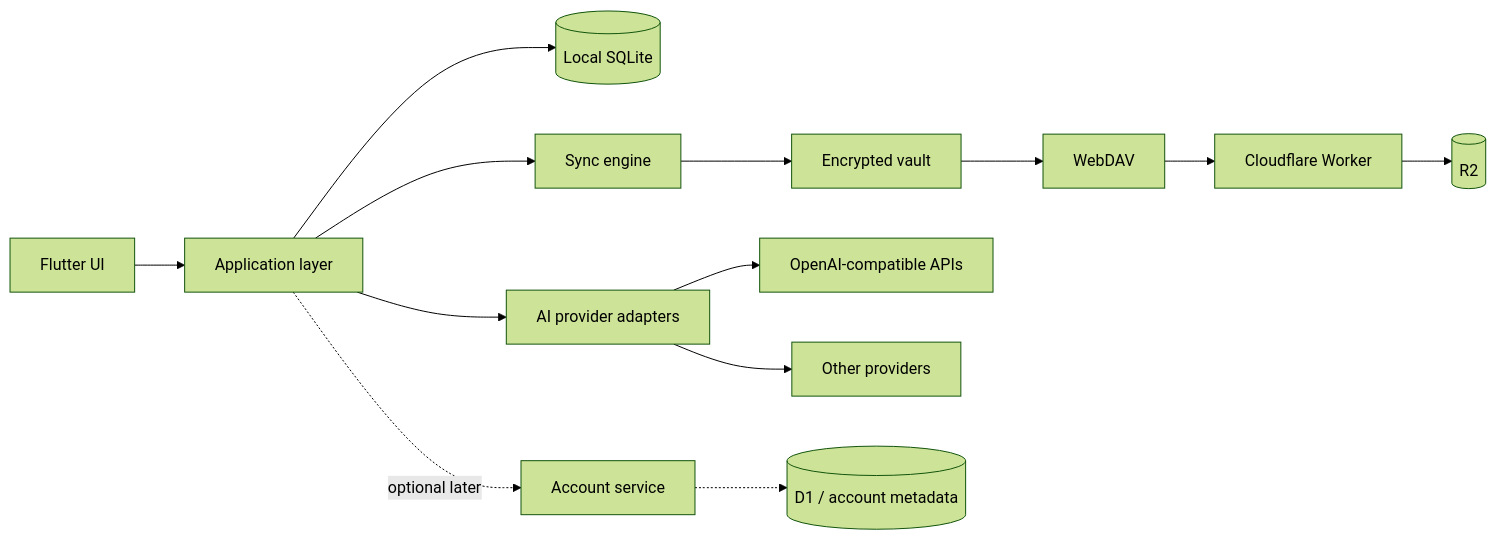
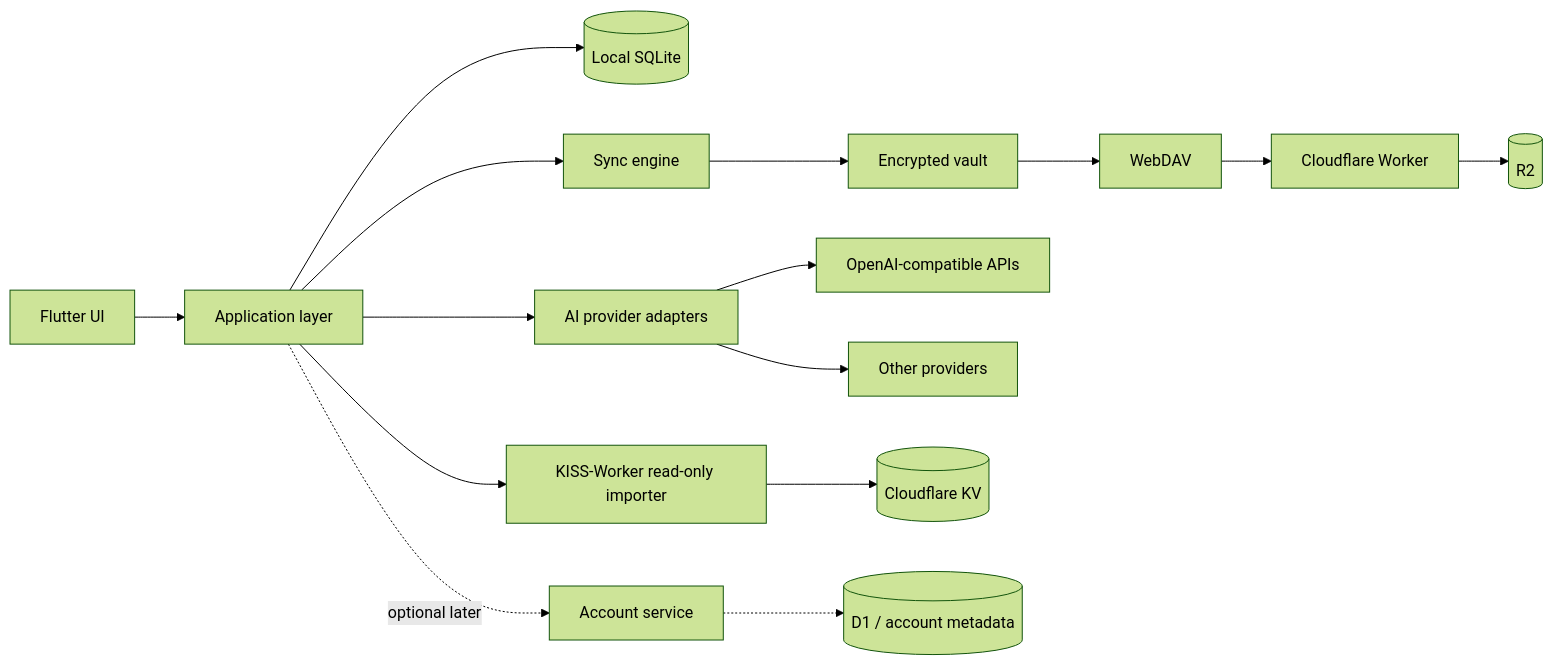
Before and after one commit to uZIDADADA/vocab: the diagram in docs/architecture.md, drawn with Mermaid (forest theme). The commit also changed other lines of this file and 34 other files, not shown here.

Commit message:
feat: add persistent coach and KISS review flow

````diff
--- a/docs/architecture.md
+++ b/docs/architecture.md
@@ -9,15 +9,17 @@
 ```mermaid
 flowchart LR
     UI[Flutter UI] --> APP[Application layer]
     APP --> DB[(Local SQLite)]
     APP --> SYNC[Sync engine]
     APP --> AI[AI provider adapters]
+    APP --> KISS[KISS-Worker read-only importer]
     SYNC --> VAULT[Encrypted vault]
     VAULT --> DAV[WebDAV]
     DAV --> CF[Cloudflare Worker]
     CF --> R2[(R2)]
     AI --> OA[OpenAI-compatible APIs]
     AI --> OTHER[Other providers]
+    KISS --> KV[(Cloudflare KV)]
     APP -. optional later .-> ACCOUNT[Account service]
     ACCOUNT -.-> D1[(D1 / account metadata)]
 ```
````
